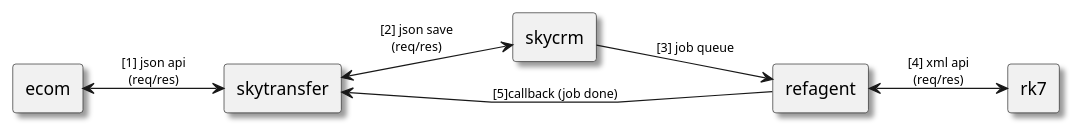
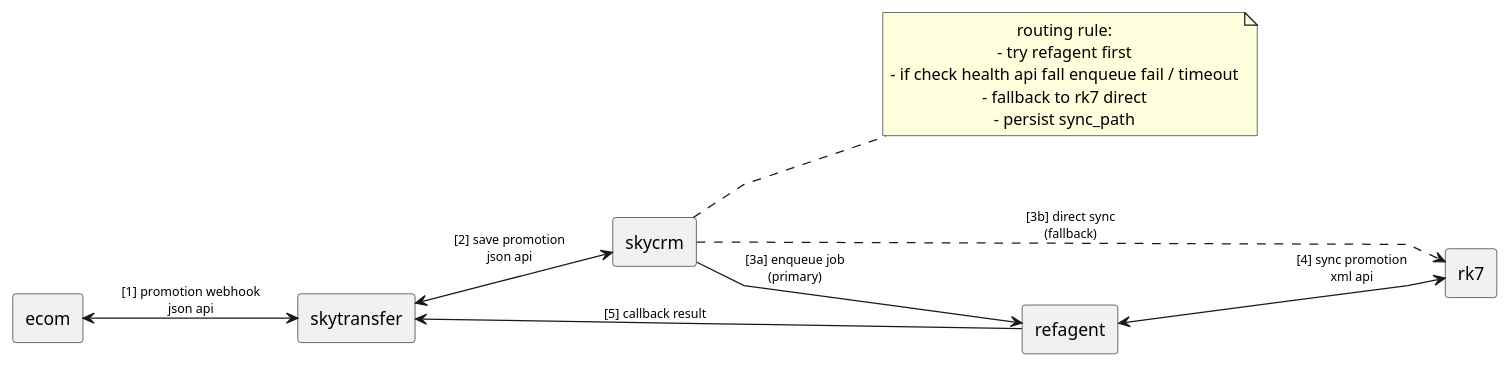
The first of 2 diagrams in du-an/muc-tieu/giai-quyet/promotion/nhiem-vu/so-do/component-diagram/diagram-lr.md (huynguyenitwork/career), drawn with PlantUML before and after one commit. The commit also changed other lines of this file and 7 other files, not shown here.

```diff
--- a/du-an/muc-tieu/giai-quyet/promotion/nhiem-vu/so-do/component-diagram/diagram-lr.md
+++ b/du-an/muc-tieu/giai-quyet/promotion/nhiem-vu/so-do/component-diagram/diagram-lr.md
@@ -11,24 +11,33 @@
 @startuml
 left to right direction
 
 skinparam componentStyle rectangle
-skinparam shadowing true
-
+skinparam shadowing false
 skinparam linetype polyline
-
-skinparam defaultTextAlignment center
 skinparam ArrowFontSize 10
 skinparam ArrowLabelPosition center
+skinparam defaultTextAlignment center
+
 
 component "ecom" as E
 component "skytransfer" as ST
 component "skycrm" as SC
 component "refagent" as RA
 component "rk7" as RK
 
-E <--> ST : [1] json api\n(req/res)
-ST <--> SC : [2] json save\n(req/res)
-SC --> RA : [3] job queue
-RA <--> RK : [4] xml api\n(req/res)
-RA --> ST : [5]callback (job done)
+E <--> ST : [1] promotion webhook\njson api
+ST <--> SC : [2] save promotion\njson api
+SC --> RA : [3a] enqueue job\n(primary)
+RA <--> RK : [4] sync promotion\nxml api
+SC ..> RK : [3b] direct sync\n(fallback)
+RA --> ST : [5] callback result
+
+note right of SC
+routing rule:
+- try refagent first
+- if check health api fall enqueue fail / timeout
+- fallback to rk7 direct
+- persist sync_path
+end note
+
 @enduml
```
